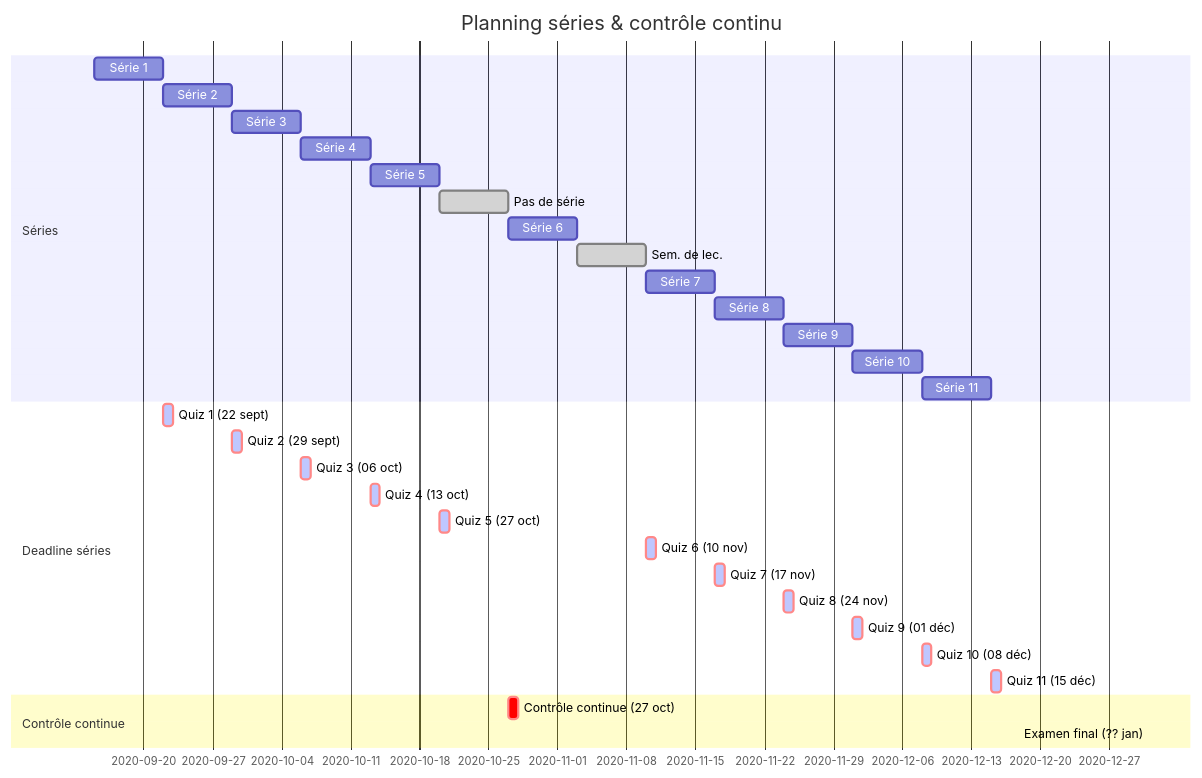
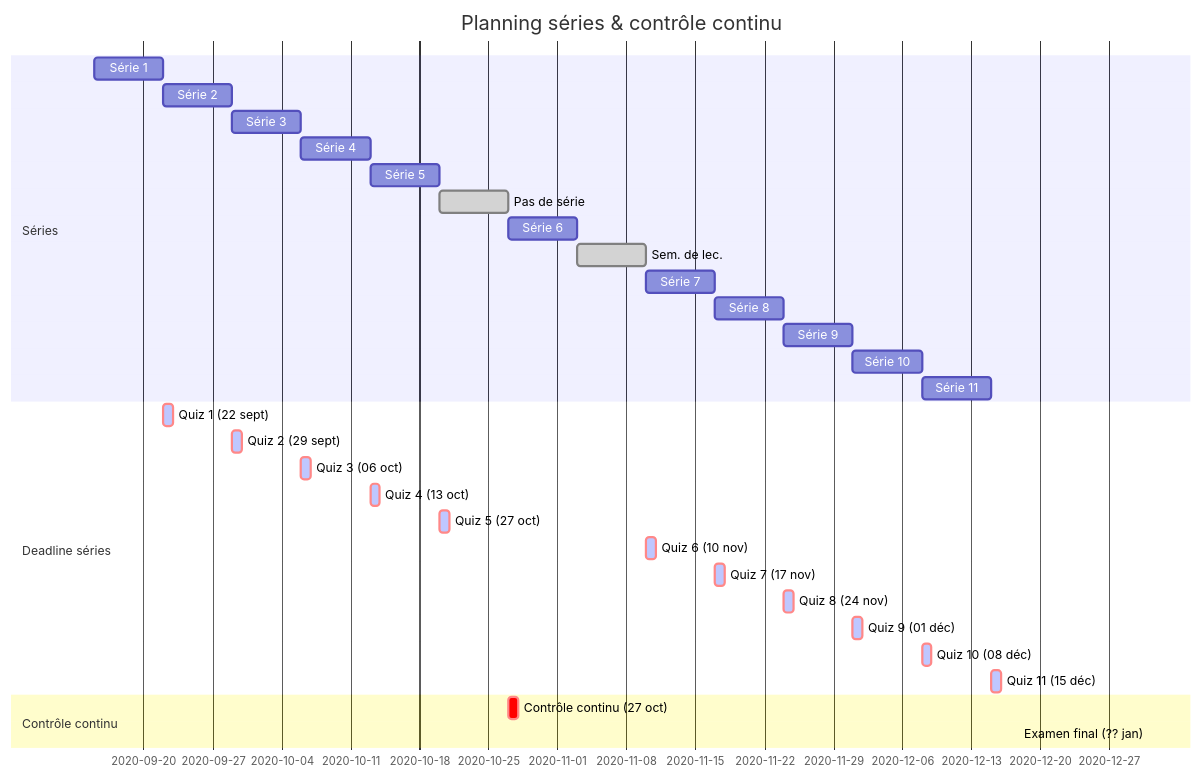
Before and after one commit to mucyok/mathI-website: the diagram in content/Syllabus/eval.md, drawn with Mermaid. The commit also changed other lines of this file and 5 other files, not shown here.

```diff
--- a/content/Syllabus/eval.md
+++ b/content/Syllabus/eval.md
@@ -34,34 +36,34 @@
 {{<mermaid>}}
 gantt
         dateFormat  YYYY-MM-DD
         title Planning séries & contrôle continu
         section Séries 
         Série 1            :    des1, 2020-09-15, 7d
         Série 2            :    des2, after des1, 7d
         Série 3            :    des3, after des2, 7d
         Série 4            :    des4, after des3, 7d
         Série 5            :    des5, after des4, 7d
         Pas de série       :done,    des6, after des5, 7d
         Série 6            :    des7, after des6, 7d
         Sem. de lec. :done,  des8, after des7, 7d
         Série 7            :    des9, after des8, 7d
         Série 8            :    des10, after des9, 7d
         Série 9            :    des11, after des10, 7d
         Série 10           :    des12, after des11, 7d
         Série 11           :    des13, after des12, 7d
         section Deadline séries
         Quiz 1 (22 sept)            :crit, active, after des1, 1d
         Quiz 2 (29 sept)            :crit, active, after des2, 1d
         Quiz 3 (06 oct)             :crit, active, after des3, 1d
         Quiz 4 (13 oct)             :crit, active, after des4, 1d
         Quiz 5 (27 oct)             :crit, active, after des5, 1d
         Quiz 6 (10 nov)             :crit, active, after des8, 1d
         Quiz 7 (17 nov)             :crit, active, after des9, 1d
         Quiz 8 (24 nov)             :crit, active, after des10, 1d
         Quiz 9 (01 déc)             :crit, active, after des11, 1d
         Quiz 10 (08 déc)             :crit, active, after des12, 1d
         Quiz 11 (15 déc)             :crit, active, after des13, 1d
-        section Contrôle continue 
-        Contrôle continue (27 oct)          :crit, after des6, 1d
+        section Contrôle continu 
+        Contrôle continu (27 oct)          :crit, after des6, 1d
         Examen final (?? jan)               :crit, 2020-12-31, 1h
 {{< /mermaid >}}
```
